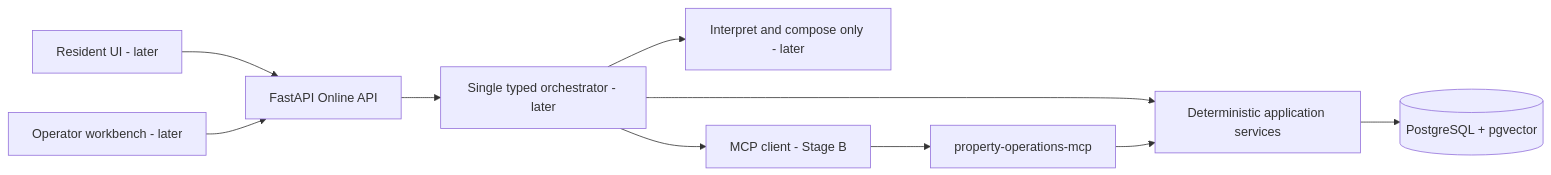
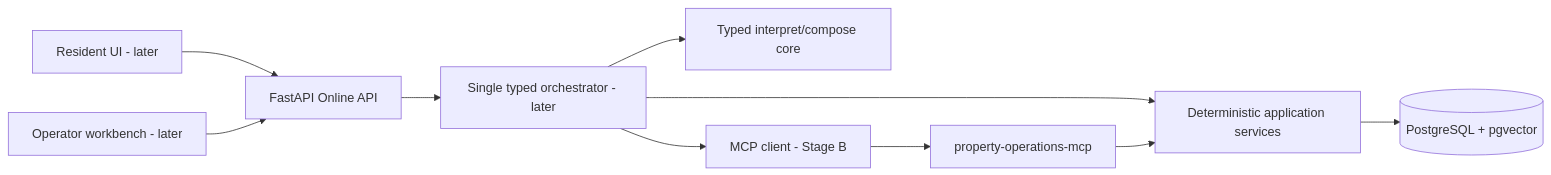
One commit to zzhou854/fixflow changed the diagram in docs/ARCHITECTURE.md. Above: the diagram before and after it, drawn with Mermaid. The commit also changed other lines of this file and 28 other files, not shown here.

Commit message:
feat: add typed agent core and language nodes

````diff
--- a/docs/ARCHITECTURE.md
+++ b/docs/ARCHITECTURE.md
@@ -5,12 +5,12 @@
 ```mermaid
 flowchart LR
     Resident["Resident UI - later"] --> API["FastAPI Online API"]
     Operator["Operator workbench - later"] --> API
     API --> Orchestrator["Single typed orchestrator - later"]
     Orchestrator --> Services["Deterministic application services"]
-    Orchestrator --> LLM["Interpret and compose only - later"]
+    Orchestrator --> LLM["Typed interpret/compose core"]
     Orchestrator --> MCPClient["MCP client - Stage B"]
     MCPClient --> MCP["property-operations-mcp"]
     MCP --> Services
     Services --> PostgreSQL[("PostgreSQL + pgvector")]
 ```
````
